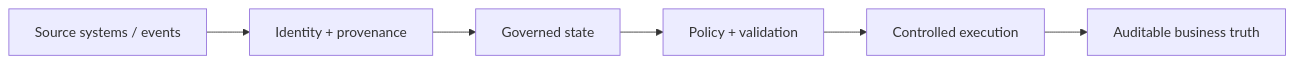
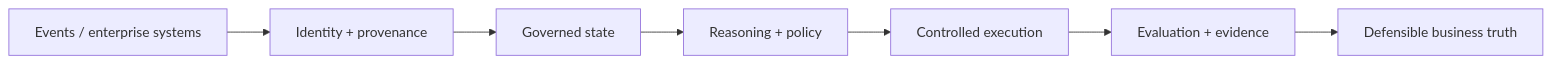
Before and after one commit to rlbsem/rlbsem: the diagram in README.md, drawn with Mermaid. The commit also changed other lines of this file, not shown here.

````diff
--- a/README.md
+++ b/README.md
@@ -22,8 +27,9 @@
 ```mermaid
 flowchart LR
-    A[Source systems / events] --> B[Identity + provenance]
+    A[Events / enterprise systems] --> B[Identity + provenance]
     B --> C[Governed state]
-    C --> D[Policy + validation]
+    C --> D[Reasoning + policy]
     D --> E[Controlled execution]
-    E --> F[Auditable business truth]
+    E --> F[Evaluation + evidence]
+    F --> G[Defensible business truth]
 ```
````
